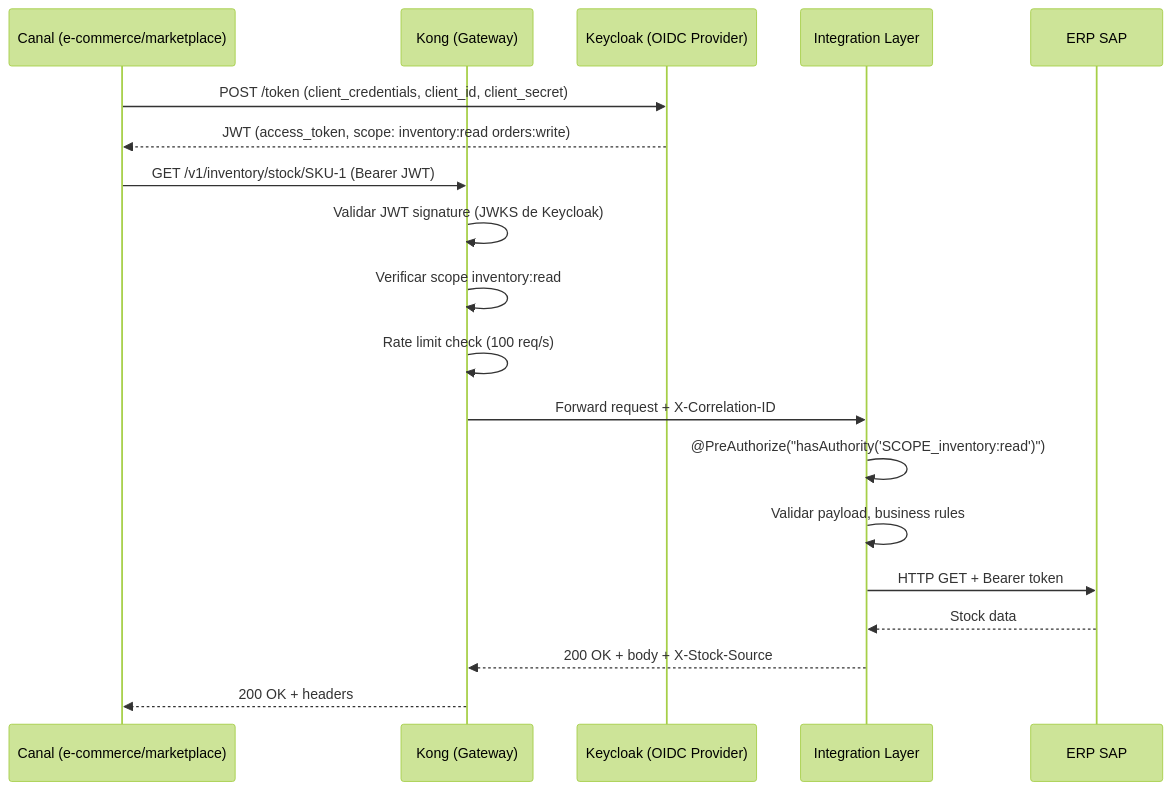
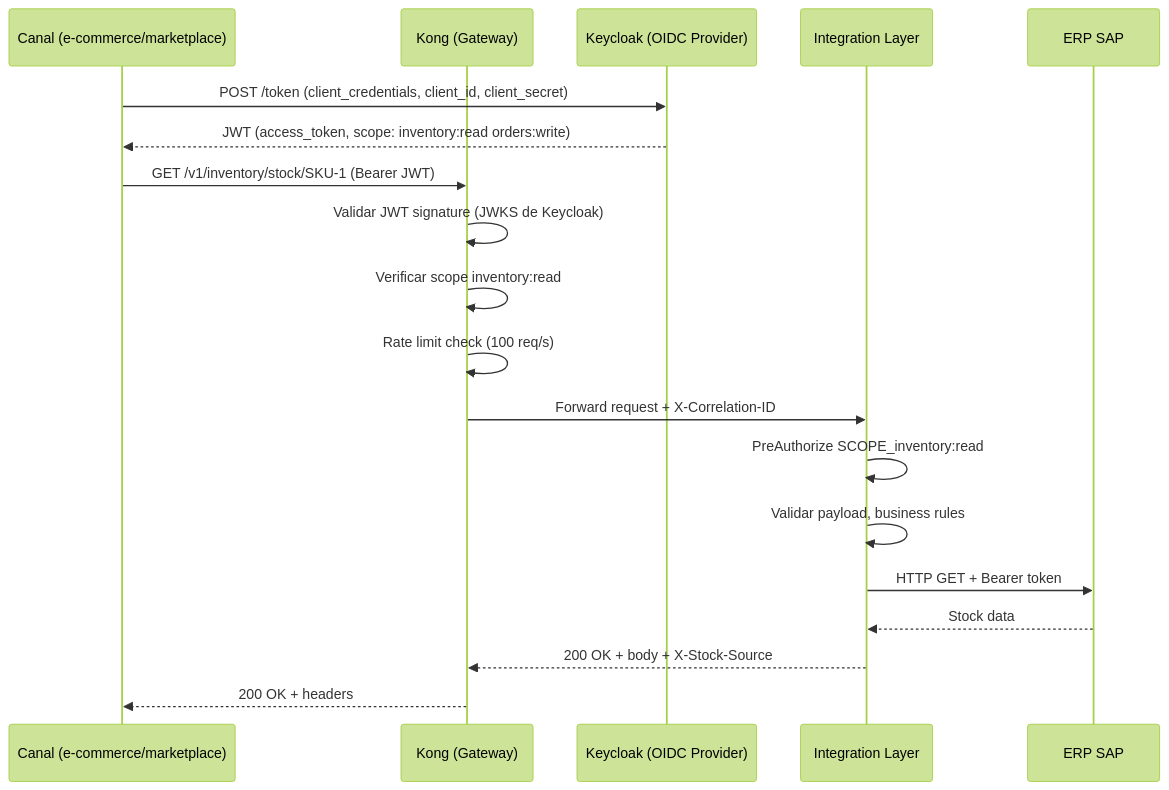
The fourth of 5 diagrams in ARCHITECTURE.md (shadoweagle1228/prueba-vortex), drawn with Mermaid (forest theme) before and after one commit.

Commit message:
fix: Simplify sequence diagram PreAuthorize line for Mermaid compatibility

````diff
--- a/ARCHITECTURE.md
+++ b/ARCHITECTURE.md
@@ -387,22 +387,22 @@
 ```mermaid
 sequenceDiagram
     participant C as Canal (e-commerce/marketplace)
     participant GW as Kong (Gateway)
     participant KC as Keycloak (OIDC Provider)
     participant APP as Integration Layer
     participant ERP as ERP SAP
 
     C->>KC: POST /token (client_credentials, client_id, client_secret)
     KC-->>C: JWT (access_token, scope: inventory:read orders:write)
     C->>GW: GET /v1/inventory/stock/SKU-1 (Bearer JWT)
     GW->>GW: Validar JWT signature (JWKS de Keycloak)
     GW->>GW: Verificar scope inventory:read
     GW->>GW: Rate limit check (100 req/s)
     GW->>APP: Forward request + X-Correlation-ID
-    APP->>APP: @PreAuthorize("hasAuthority('SCOPE_inventory:read')")
+    APP->>APP: PreAuthorize SCOPE_inventory:read
     APP->>APP: Validar payload, business rules
     APP->>ERP: HTTP GET + Bearer token
     ERP-->>APP: Stock data
     APP-->>GW: 200 OK + body + X-Stock-Source
     GW-->>C: 200 OK + headers
 ```
````
